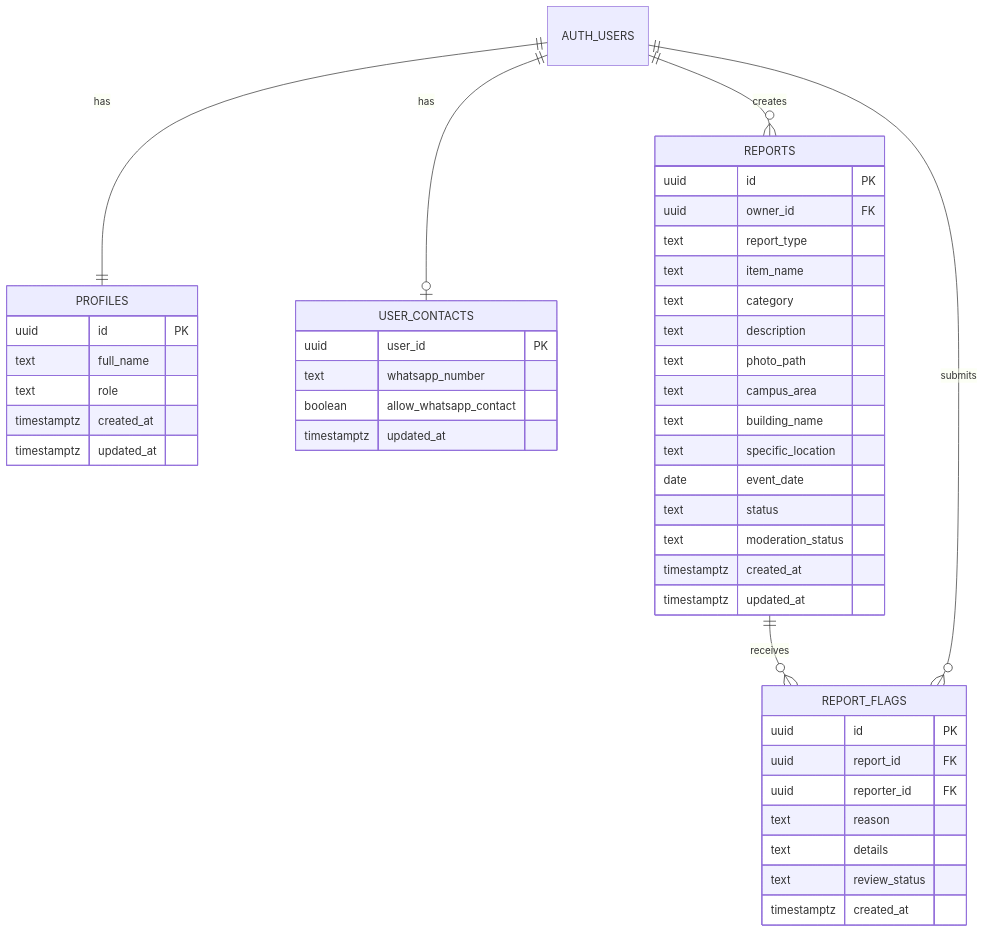
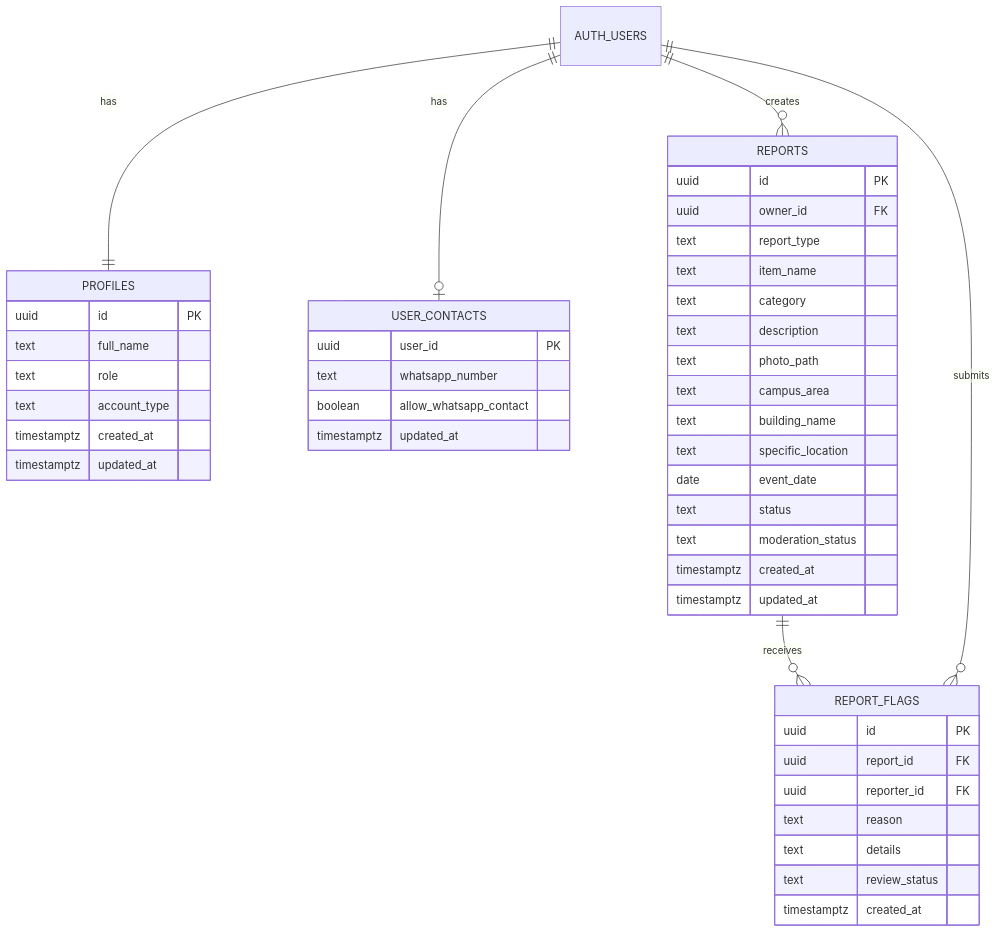
The diagram in md/DATA_MODEL.md (ellolengkong/foundit-mobile-app), drawn with Mermaid before and after one commit. The commit also changed other lines of this file and 44 other files, not shown here.

````diff
--- a/md/DATA_MODEL.md
+++ b/md/DATA_MODEL.md
@@ -27,48 +27,49 @@
 ```mermaid
 erDiagram
     AUTH_USERS ||--|| PROFILES : has
     AUTH_USERS ||--o| USER_CONTACTS : has
     AUTH_USERS ||--o{ REPORTS : creates
     REPORTS ||--o{ REPORT_FLAGS : receives
     AUTH_USERS ||--o{ REPORT_FLAGS : submits
 
     PROFILES {
         uuid id PK
         text full_name
         text role
+        text account_type
         timestamptz created_at
         timestamptz updated_at
     }
     USER_CONTACTS {
         uuid user_id PK
         text whatsapp_number
         boolean allow_whatsapp_contact
         timestamptz updated_at
     }
     REPORTS {
         uuid id PK
         uuid owner_id FK
         text report_type
         text item_name
         text category
         text description
         text photo_path
         text campus_area
         text building_name
         text specific_location
         date event_date
         text status
         text moderation_status
         timestamptz created_at
         timestamptz updated_at
     }
     REPORT_FLAGS {
         uuid id PK
         uuid report_id FK
         uuid reporter_id FK
         text reason
         text details
         text review_status
         timestamptz created_at
     }
 ```
````
